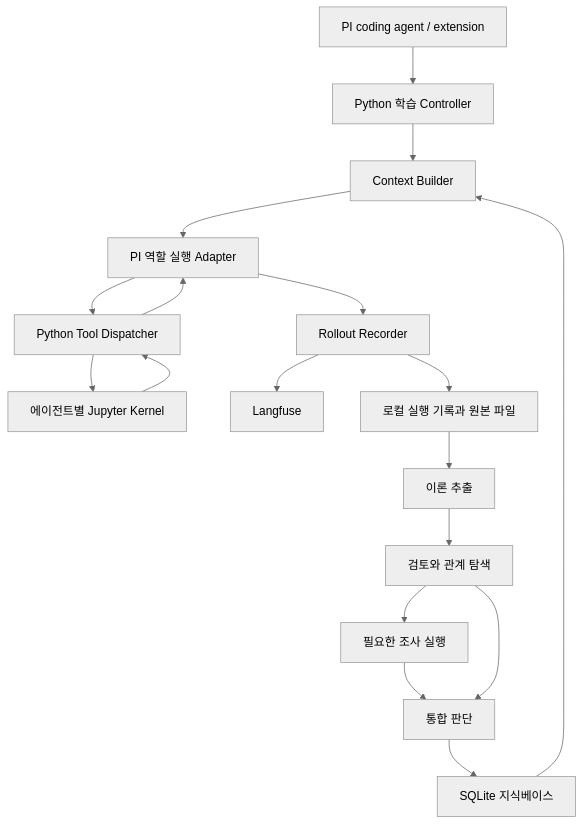
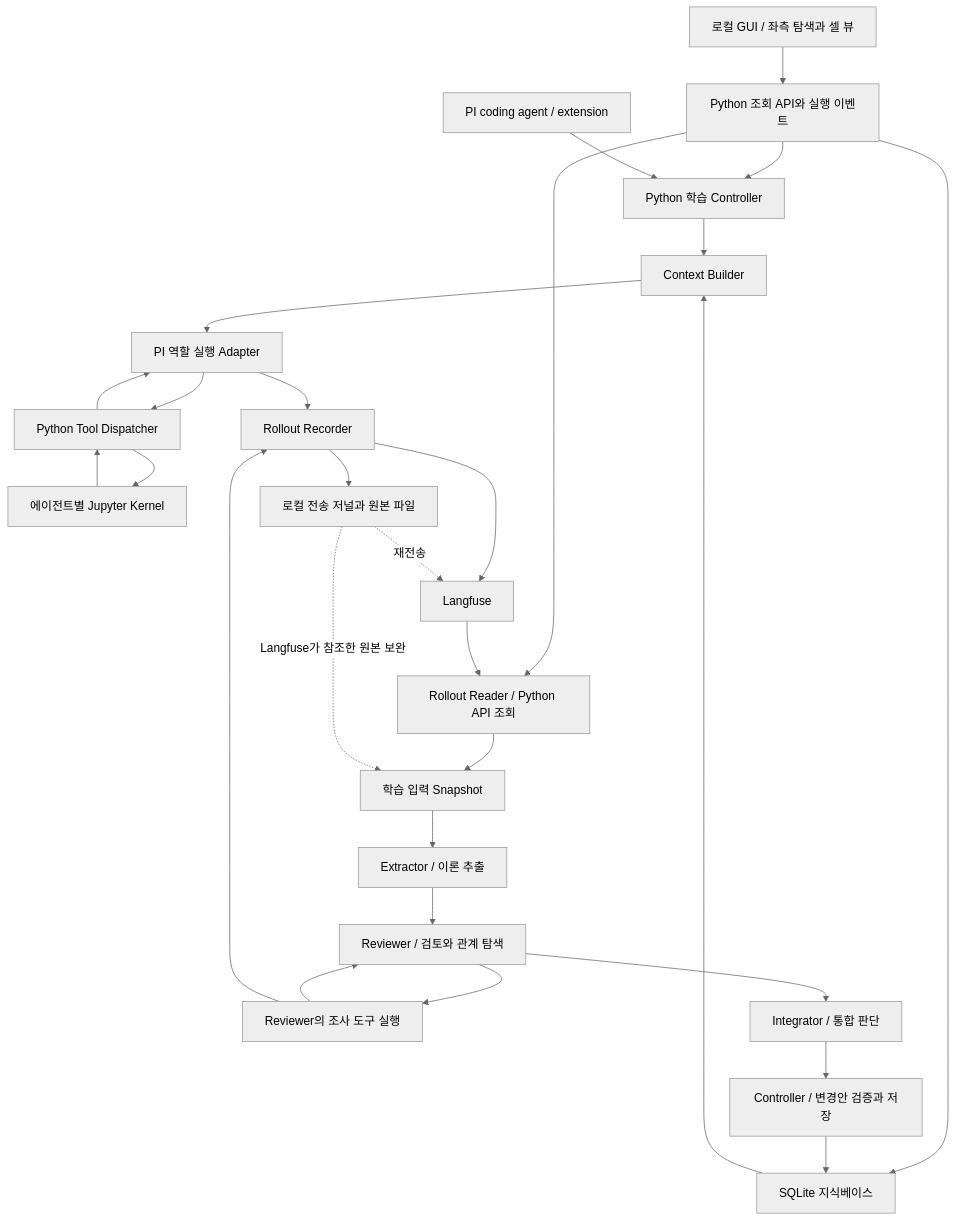
The diagram in cognitive-architecture/theory-learning-v1-spec.md (sicarius01/codex-docs), drawn with Mermaid (neutral theme) before and after one commit. The commit also changed other lines of this file, not shown here.

Commit message:
docs: define v1 evaluation, GUI, and Langfuse learning flow

````diff
--- a/cognitive-architecture/theory-learning-v1-spec.md
+++ b/cognitive-architecture/theory-learning-v1-spec.md
@@ -67,20 +69,30 @@
 ```mermaid
 flowchart TD
+    G[로컬 GUI / 좌측 탐색과 셀 뷰] --> A[Python 조회 API와 실행 이벤트]
+    A --> C
+    A --> Q
+    A --> B
     U[PI coding agent / extension] --> C[Python 학습 Controller]
     C --> X[Context Builder]
     X --> P[PI 역할 실행 Adapter]
     P --> T[Python Tool Dispatcher]
     T --> K[에이전트별 Jupyter Kernel]
     K --> T
     T --> P
     P --> R[Rollout Recorder]
     R --> L[Langfuse]
-    R --> S[로컬 실행 기록과 원본 파일]
-    S --> E[이론 추출]
-    E --> V[검토와 관계 탐색]
-    V --> I[필요한 조사 실행]
-    I --> J[통합 판단]
-    V --> J
-    J --> B[SQLite 지식베이스]
+    R --> S[로컬 전송 저널과 원본 파일]
+    S -. 재전송 .-> L
+    L --> Q[Rollout Reader / Python API 조회]
+    Q --> N[학습 입력 Snapshot]
+    S -. Langfuse가 참조한 원본 보완 .-> N
+    N --> E[Extractor / 이론 추출]
+    E --> V[Reviewer / 검토와 관계 탐색]
+    V --> I[Reviewer의 조사 도구 실행]
+    I --> V
+    I --> R
+    V --> J[Integrator / 통합 판단]
+    J --> W[Controller / 변경안 검증과 저장]
+    W --> B[SQLite 지식베이스]
     B --> X
 ```
````
